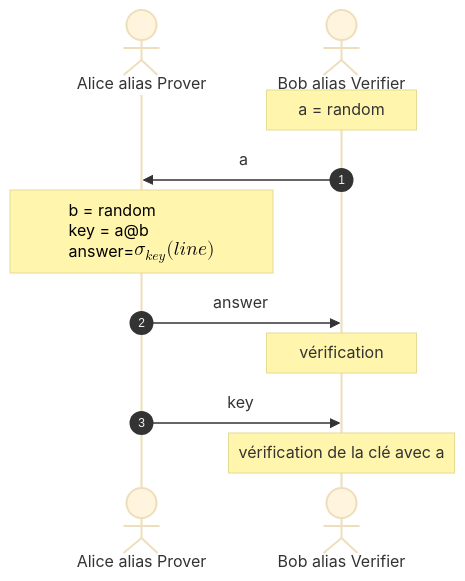
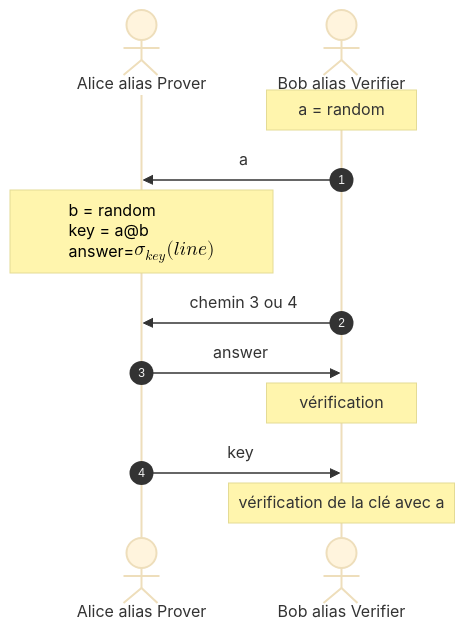
The diagram in zkp.md (benoitlx/forma-zkp), drawn with Mermaid (base theme) before and after one commit. The commit also changed other lines of this file and 7 other files, not shown here.

````diff
--- a/zkp.md
+++ b/zkp.md
@@ -118,13 +121,14 @@
 ```mermaid +render
 sequenceDiagram
     autonumber
     actor P as Alice alias Prover 
     actor V as Bob alias Verifier
     Note over V: a = random
-    V ->> P: a 
+    V ->> P: a
     Note over P: b = random<br/>key = a@b<br/>answer=$$\sigma_{key}(line)$$
+    V ->> P: chemin 3 ou 4
     P ->> V: answer 
     Note over V: vérification
     P ->> V: key
     Note over V: vérification de la clé avec a
 ```
````
